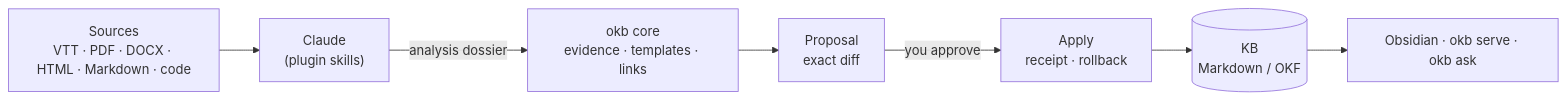
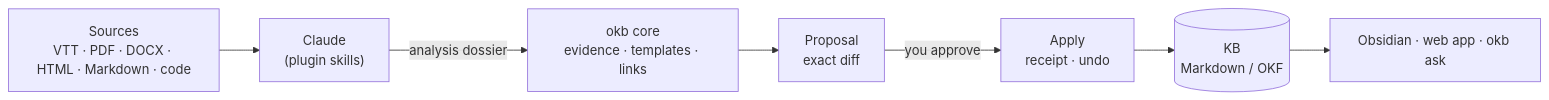
The diagram in README.md (Bilel-Gh/okb), drawn with Mermaid before and after one commit. The commit also changed other lines of this file and 43 other files, not shown here.

````diff
--- a/README.md
+++ b/README.md
@@ -14,9 +24,9 @@
 ```mermaid
 flowchart LR
   S["Sources<br/>VTT · PDF · DOCX · HTML · Markdown · code"] --> C["Claude<br/>(plugin skills)"]
   C -->|analysis dossier| K["okb core<br/>evidence · templates · links"]
   K --> P["Proposal<br/>exact diff"]
-  P -->|you approve| A["Apply<br/>receipt · rollback"]
+  P -->|you approve| A["Apply<br/>receipt · undo"]
   A --> B[("KB<br/>Markdown / OKF")]
-  B --> O["Obsidian · okb serve · okb ask"]
+  B --> O["Obsidian · web app · okb ask"]
 ```
````
